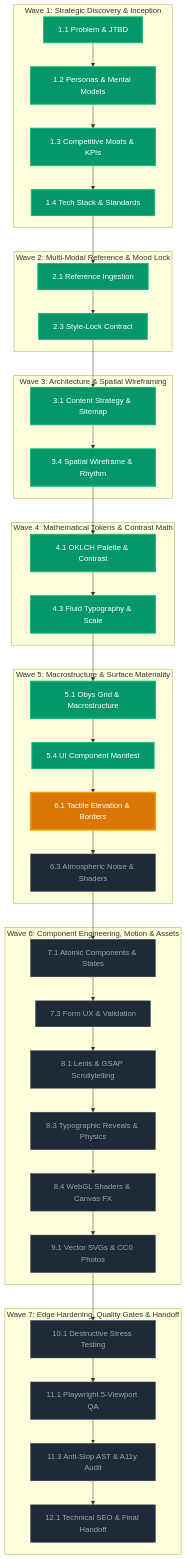
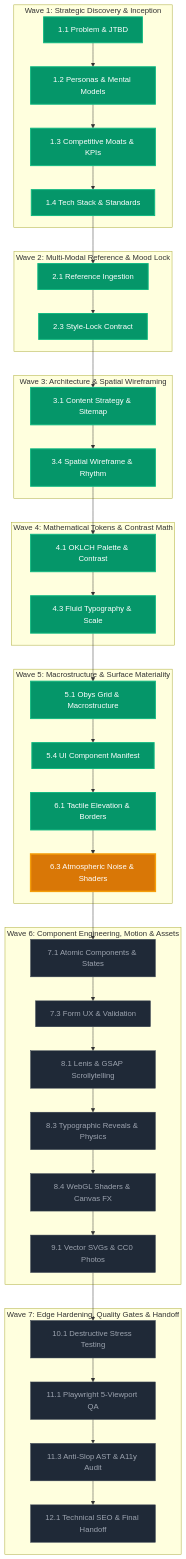
One commit to atinek-182/Vidya-Dham-Academy changed the diagram in docs/DESIGN_MAP.mermaid. Above: the diagram before and after it, drawn with Mermaid. The commit also changed 6 other files, not shown here.

````diff
--- a/docs/DESIGN_MAP.mermaid
+++ b/docs/DESIGN_MAP.mermaid
@@ -1,51 +1,51 @@
 ```mermaid
 graph TD
   subgraph WAVE_1 ["Wave 1: Strategic Discovery & Inception"]
     P1_1["1.1 Problem & JTBD"]:::completed --> P1_2["1.2 Personas & Mental Models"]:::completed
     P1_2 --> P1_3["1.3 Competitive Moats & KPIs"]:::completed
     P1_3 --> P1_4["1.4 Tech Stack & Standards"]:::completed
   end
 
   subgraph WAVE_2 ["Wave 2: Multi-Modal Reference & Mood Lock"]
     P2_1["2.1 Reference Ingestion"]:::completed --> P2_3["2.3 Style-Lock Contract"]:::completed
   end
 
   subgraph WAVE_3 ["Wave 3: Architecture & Spatial Wireframing"]
     P3_1["3.1 Content Strategy & Sitemap"]:::completed --> P3_4["3.4 Spatial Wireframe & Rhythm"]:::completed
   end
 
   subgraph WAVE_4 ["Wave 4: Mathematical Tokens & Contrast Math"]
     P4_1["4.1 OKLCH Palette & Contrast"]:::completed --> P4_3["4.3 Fluid Typography & Scale"]:::completed
   end
 
   subgraph WAVE_5 ["Wave 5: Macrostructure & Surface Materiality"]
     P5_1["5.1 Obys Grid & Macrostructure"]:::completed --> P5_4["5.4 UI Component Manifest"]:::completed
-    P5_4 --> P6_1["6.1 Tactile Elevation & Borders"]:::active
-    P6_1 --> P6_3["6.3 Atmospheric Noise & Shaders"]:::pending
+    P5_4 --> P6_1["6.1 Tactile Elevation & Borders"]:::completed
+    P6_1 --> P6_3["6.3 Atmospheric Noise & Shaders"]:::active
   end
 
   subgraph WAVE_6 ["Wave 6: Component Engineering, Motion & Assets"]
     P7_1["7.1 Atomic Components & States"]:::pending --> P7_3["7.3 Form UX & Validation"]:::pending
     P7_3 --> P8_1["8.1 Lenis & GSAP Scrollytelling"]:::pending
     P8_1 --> P8_3["8.3 Typographic Reveals & Physics"]:::pending
     P8_3 --> P8_4["8.4 WebGL Shaders & Canvas FX"]:::pending
     P8_4 --> P9_1["9.1 Vector SVGs & CC0 Photos"]:::pending
   end
 
   subgraph WAVE_7 ["Wave 7: Edge Hardening, Quality Gates & Handoff"]
     P10_1["10.1 Destructive Stress Testing"]:::pending --> P11_1["11.1 Playwright 5-Viewport QA"]:::pending
     P11_1 --> P11_3["11.3 Anti-Slop AST & A11y Audit"]:::pending
     P11_3 --> P12_1["12.1 Technical SEO & Final Handoff"]:::pending
   end
 
   P1_4 --> P2_1
   P2_3 --> P3_1
   P3_4 --> P4_1
   P4_3 --> P5_1
   P6_3 --> P7_1
   P9_1 --> P10_1
 
   classDef completed fill:#059669,stroke:#10b981,color:#ffffff,stroke-width:2px;
   classDef active fill:#d97706,stroke:#f59e0b,color:#ffffff,stroke-width:3px;
   classDef pending fill:#1f2937,stroke:#374151,color:#9ca3af,stroke-width:1px;
 ```
````
